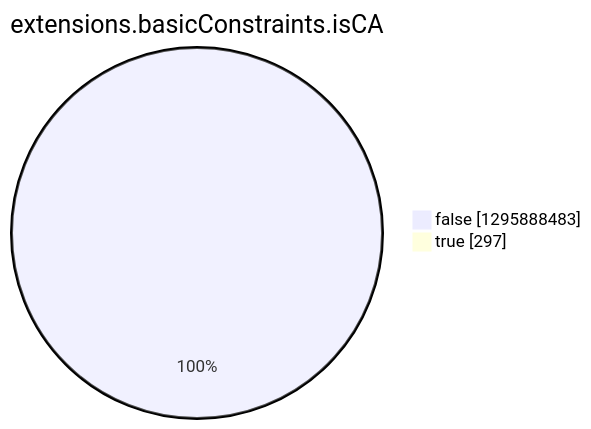
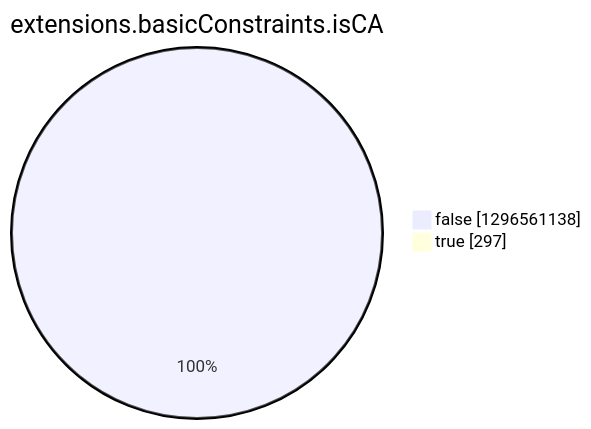
One commit to christiankrug/ctmonitor_visualization changed the eighth of 15 diagrams in argon2022/README.md. Above: the diagram before and after it, drawn with Mermaid. The commit also changed other lines of this file, not shown here.

````diff
--- a/argon2022/README.md
+++ b/argon2022/README.md
@@ -2756,6 +2757,6 @@
 ```mermaid
 pie showData
 title extensions.basicConstraints.isCA
-"false" :1295888483
+"false" :1296561138
 "true" :297
 ```
````
